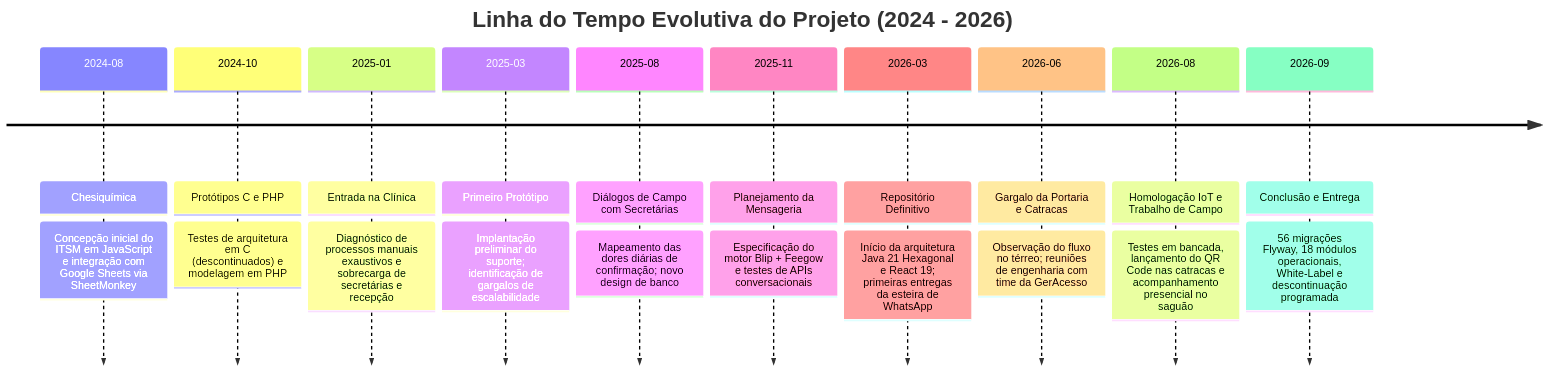
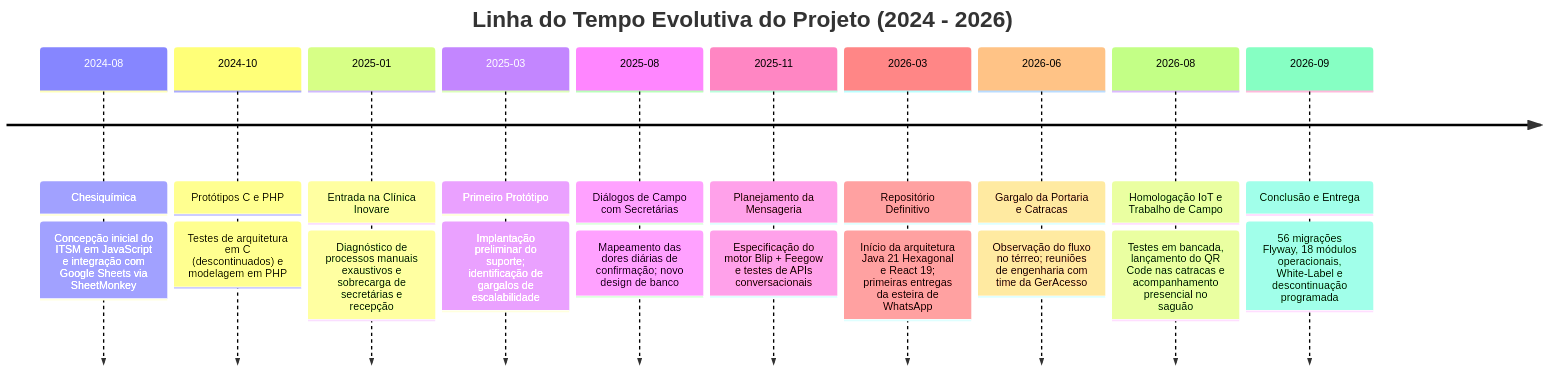
The first of 3 diagrams in docs/RELATORIO_DESENVOLVIMENTO_E_POSTMORTEM.md (VictorGHss/CTRLS-ITSM), drawn with Mermaid before and after one commit. The commit also changed other lines of this file and 11 other files, not shown here.

````diff
--- a/docs/RELATORIO_DESENVOLVIMENTO_E_POSTMORTEM.md
+++ b/docs/RELATORIO_DESENVOLVIMENTO_E_POSTMORTEM.md
@@ -29,14 +29,14 @@
 ```mermaid
 timeline
     title Linha do Tempo Evolutiva do Projeto (2024 - 2026)
     2024-08 : Chesiquímica : Concepção inicial do ITSM em JavaScript e integração com Google Sheets via SheetMonkey
     2024-10 : Protótipos C e PHP : Testes de arquitetura em C (descontinuados) e modelagem em PHP
-    2025-01 : Entrada na Clínica : Diagnóstico de processos manuais exaustivos e sobrecarga de secretárias e recepção
+    2025-01 : Entrada na Clínica Inovare : Diagnóstico de processos manuais exaustivos e sobrecarga de secretárias e recepção
     2025-03 : Primeiro Protótipo : Implantação preliminar do suporte; identificação de gargalos de escalabilidade
     2025-08 : Diálogos de Campo com Secretárias : Mapeamento das dores diárias de confirmação; novo design de banco
     2025-11 : Planejamento da Mensageria : Especificação do motor Blip + Feegow e testes de APIs conversacionais
     2026-03 : Repositório Definitivo : Início da arquitetura Java 21 Hexagonal e React 19; primeiras entregas da esteira de WhatsApp
     2026-06 : Gargalo da Portaria e Catracas : Observação do fluxo no térreo; reuniões de engenharia com time da GerAcesso
     2026-08 : Homologação IoT e Trabalho de Campo : Testes em bancada, lançamento do QR Code nas catracas e acompanhamento presencial no saguão
     2026-09 : Conclusão e Entrega : 56 migrações Flyway, 18 módulos operacionais, White-Label e descontinuação programada
 ```
````
